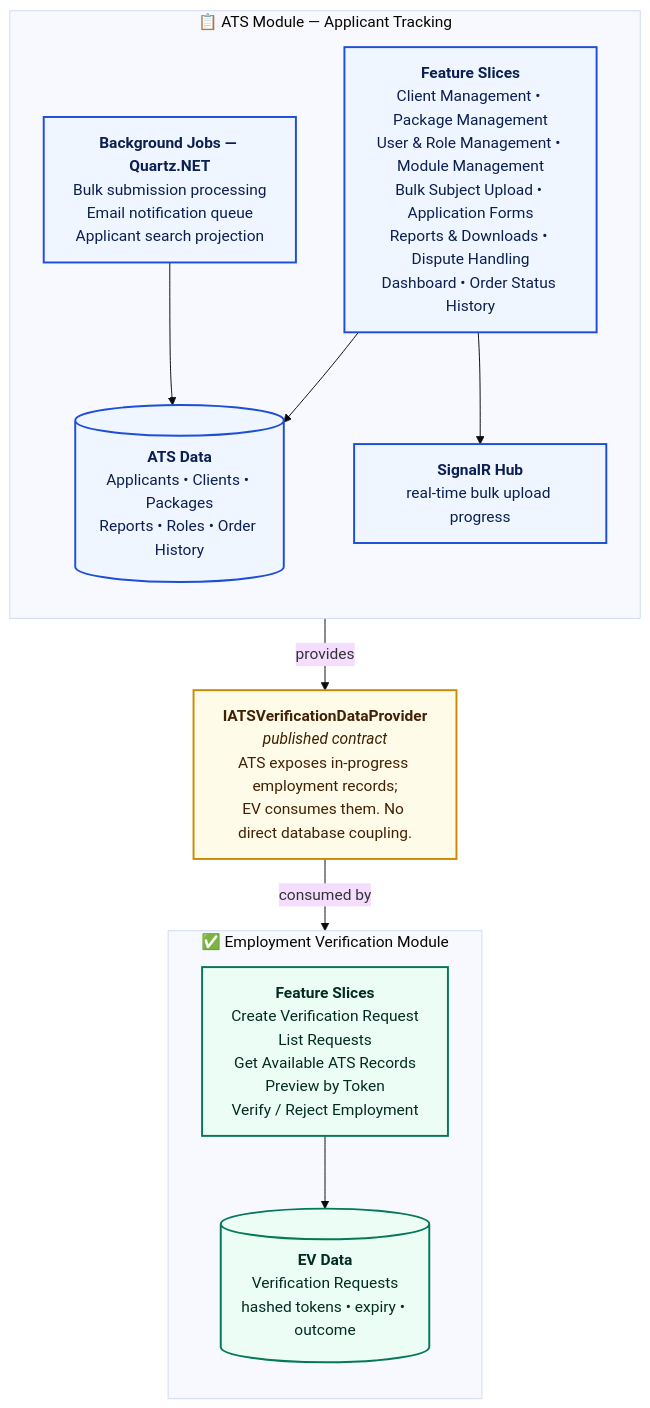
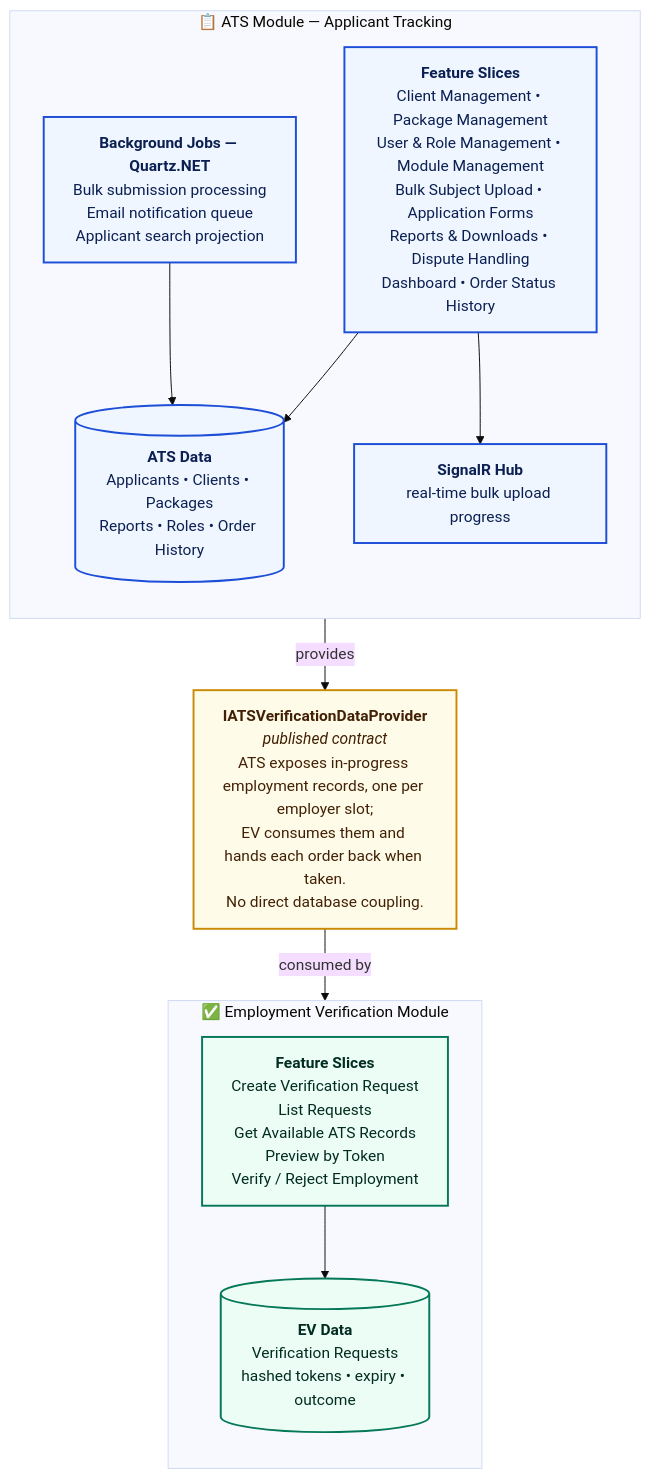
One commit to raswal23/1CibiPlatform changed the fourth of 7 diagrams in docs/architecture/architecture-diagram.md. Above: the diagram before and after it, drawn with Mermaid (base theme). The commit also changed 5 other files, not shown here.

First line of the commit message:
Document auto-send employment verification flow

````diff
--- a/docs/architecture/architecture-diagram.md
+++ b/docs/architecture/architecture-diagram.md
@@ -184,33 +184,33 @@
 ```mermaid
 flowchart TB
     subgraph ATSM["📋 ATS Module — Applicant Tracking"]
         direction TB
         ATSF["<b>Feature Slices</b><br/>Client Management • Package Management<br/>User &amp; Role Management • Module Management<br/>Bulk Subject Upload • Application Forms<br/>Reports &amp; Downloads • Dispute Handling<br/>Dashboard • Order Status History"]
         ATSJ["<b>Background Jobs — Quartz.NET</b><br/>Bulk submission processing<br/>Email notification queue<br/>Applicant search projection"]
         ATSH["<b>SignalR Hub</b><br/>real-time bulk upload progress"]
         ATSD[("<b>ATS Data</b><br/>Applicants • Clients • Packages<br/>Reports • Roles • Order History")]
     end
 
     subgraph EVM["✅ Employment Verification Module"]
         direction TB
         EVF["<b>Feature Slices</b><br/>Create Verification Request<br/>List Requests<br/>Get Available ATS Records<br/>Preview by Token<br/>Verify / Reject Employment"]
         EVD[("<b>EV Data</b><br/>Verification Requests<br/>hashed tokens • expiry • outcome")]
     end
 
-    CONTRACT["<b>IATSVerificationDataProvider</b><br/><i>published contract</i><br/>ATS exposes in-progress employment records;<br/>EV consumes them. No direct database coupling."]
+    CONTRACT["<b>IATSVerificationDataProvider</b><br/><i>published contract</i><br/>ATS exposes in-progress employment records, one per employer slot;<br/>EV consumes them and hands each order back when taken.<br/>No direct database coupling."]
 
     ATSF --> ATSD
     ATSJ --> ATSD
     ATSF --> ATSH
     EVF --> EVD
 
     ATSM -->|"provides"| CONTRACT
     CONTRACT -->|"consumed by"| EVM
 
     classDef ats fill:#EFF6FF,stroke:#1D4ED8,stroke-width:2px,color:#0B1F52
     classDef ev fill:#ECFDF5,stroke:#047857,stroke-width:2px,color:#022C22
     classDef ct fill:#FEFCE8,stroke:#CA8A04,stroke-width:2px,color:#422006
     class ATSF,ATSJ,ATSH,ATSD ats
     class EVF,EVD ev
     class CONTRACT ct
 ```
````
